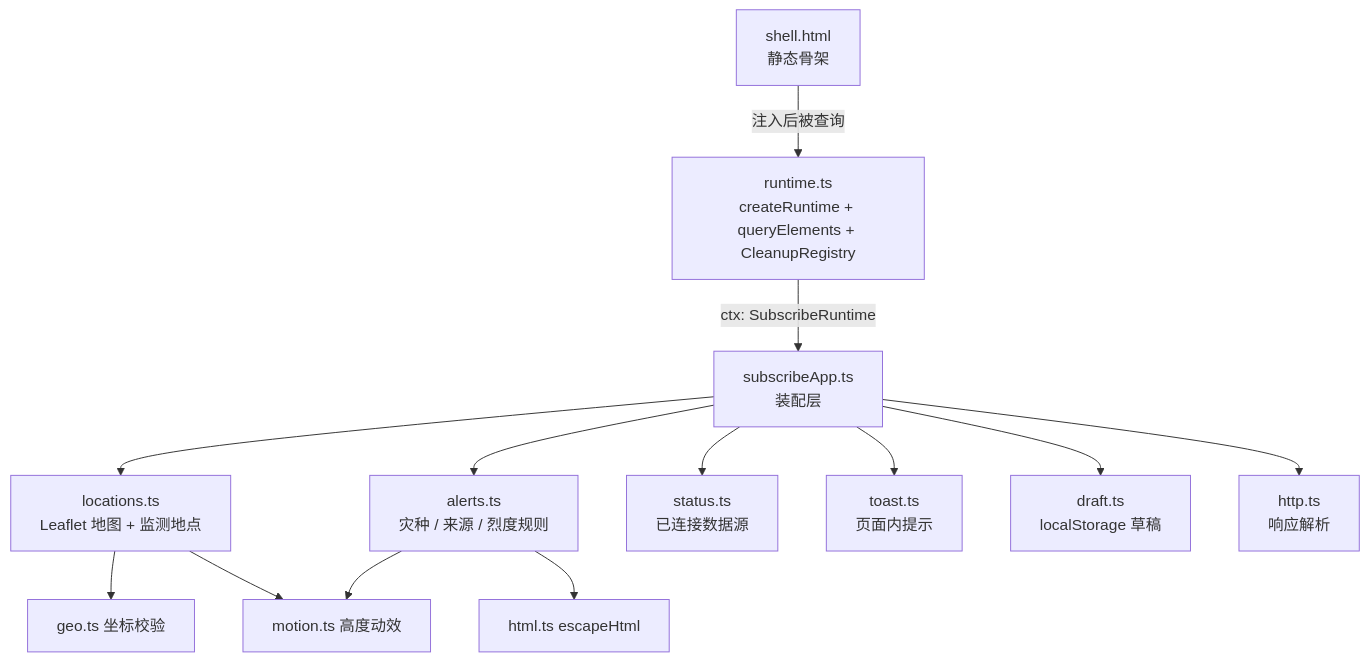
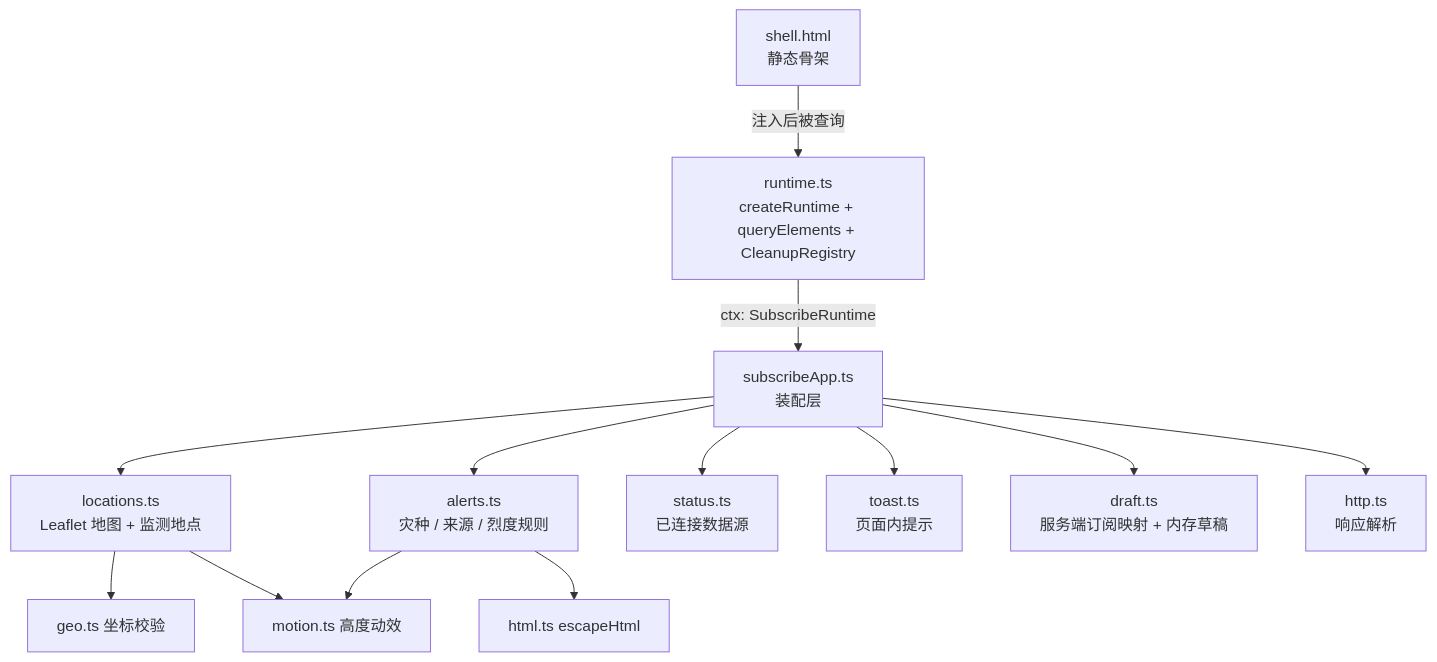
Before and after one commit to luyi2008/disaster-alert-web: the third of 8 diagrams in docs/architecture.md, drawn with Mermaid. The commit also changed other lines of this file and 4 other files, not shown here.

````diff
--- a/docs/architecture.md
+++ b/docs/architecture.md
@@ -131,21 +131,21 @@
 ```mermaid
 graph TB
     Shell["shell.html<br/>静态骨架"]
     Runtime["runtime.ts<br/>createRuntime + queryElements + CleanupRegistry"]
     App["subscribeApp.ts<br/>装配层"]
 
     Shell -->|"注入后被查询"| Runtime
     Runtime -->|"ctx: SubscribeRuntime"| App
 
     App --> Loc["locations.ts<br/>Leaflet 地图 + 监测地点"]
     App --> Alerts["alerts.ts<br/>灾种 / 来源 / 烈度规则"]
     App --> Status["status.ts<br/>已连接数据源"]
     App --> Toast["toast.ts<br/>页面内提示"]
 
     Loc --> Geo["geo.ts 坐标校验"]
-    App --> Draft["draft.ts<br/>localStorage 草稿"]
+    App --> Draft["draft.ts<br/>服务端订阅映射 + 内存草稿"]
     App --> Http["http.ts<br/>响应解析"]
     Loc --> Motion["motion.ts 高度动效"]
     Alerts --> Motion
     Alerts --> Html["html.ts escapeHtml"]
 ```
````
